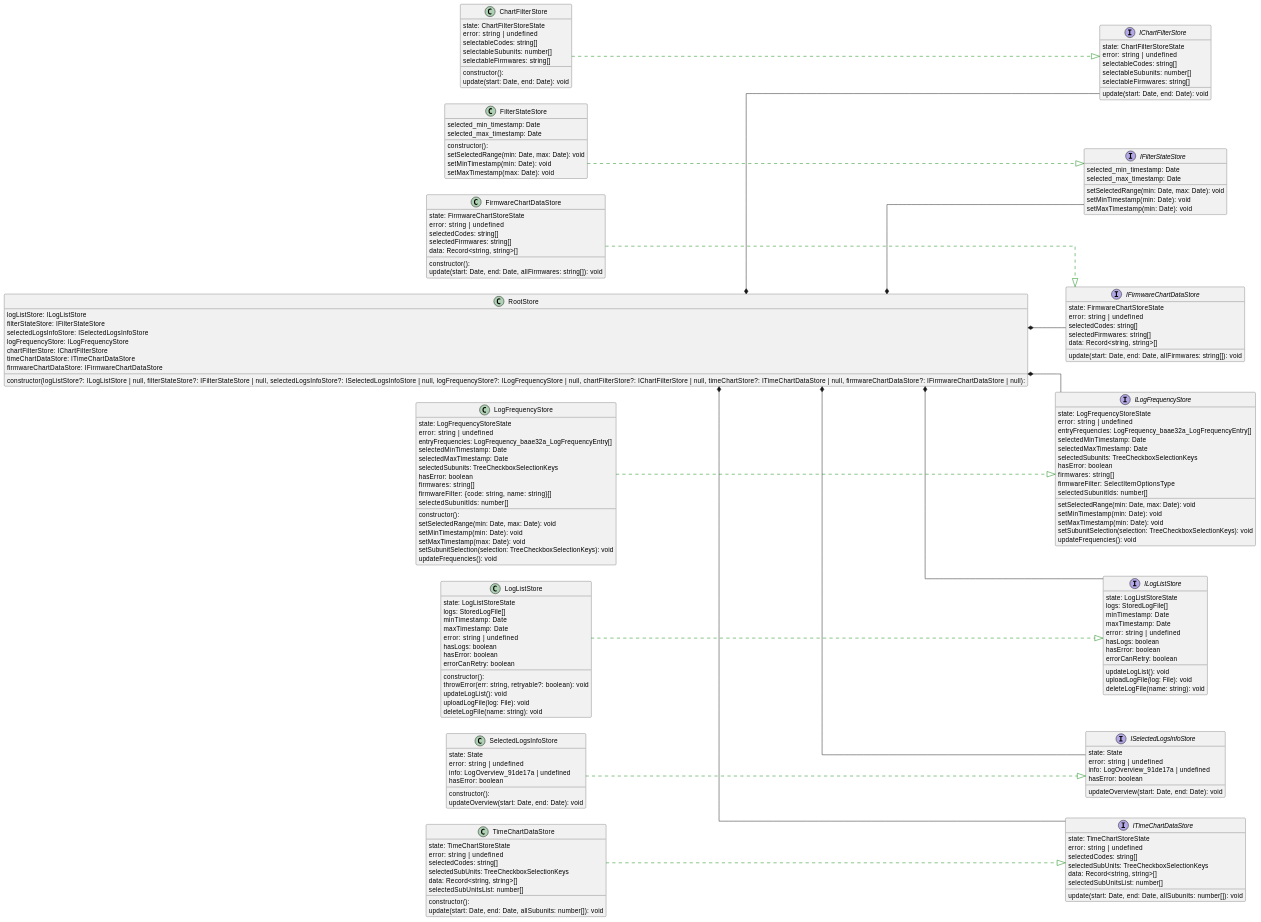
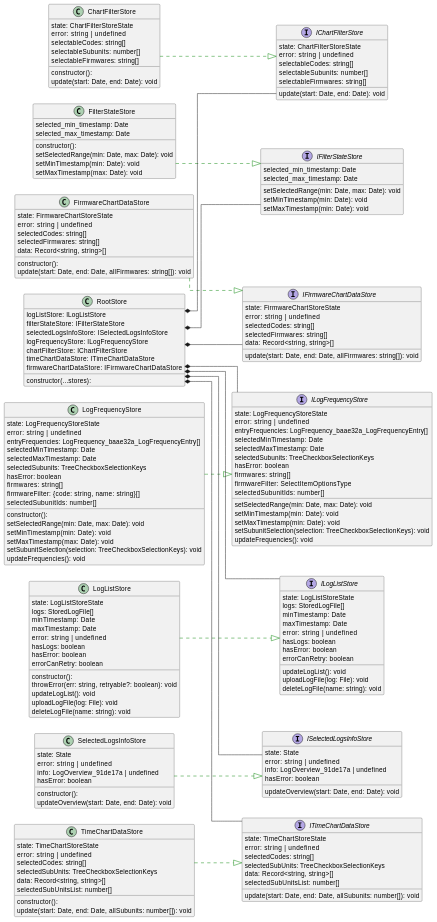
Before and after one commit to sevenelevendevunipd/docs: the seventh of 13 diagrams in allegato_tecnico.md, drawn with PlantUML. The commit also changed other lines of this file, not shown here.

```diff
--- a/allegato_tecnico.md
+++ b/allegato_tecnico.md
@@ -472,7 +531,7 @@
 errorCanRetry: boolean
 }
 class RootStore {
-constructor(logListStore?: ILogListStore | null, filterStateStore?: IFilterStateStore | null, selectedLogsInfoStore?: ISelectedLogsInfoStore | null, logFrequencyStore?: ILogFrequencyStore | null, chartFilterStore?: IChartFilterStore | null, timeChartStore?: ITimeChartDataStore | null, firmwareChartDataStore?: IFirmwareChartDataStore | null):
+constructor(...stores):
 logListStore: ILogListStore
 filterStateStore: IFilterStateStore
 selectedLogsInfoStore: ISelectedLogsInfoStore
```
